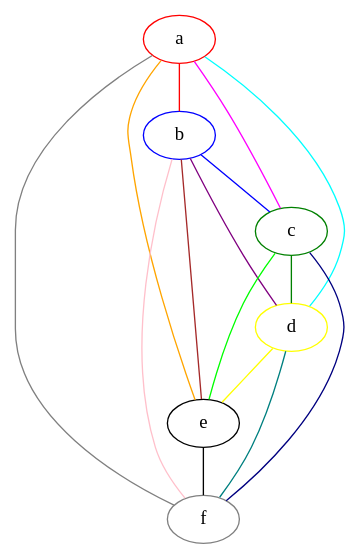
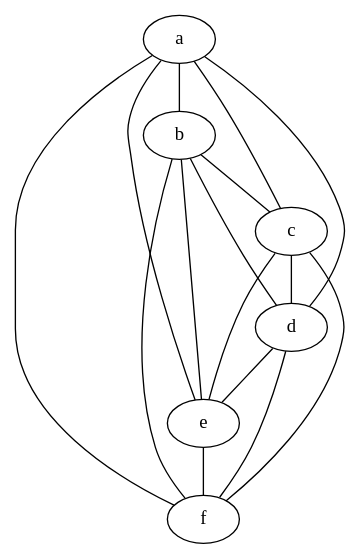
One commit to gustavomaltanv/grafos changed the diagram in grafos/graph_4.dot. Above: the diagram before and after it, drawn with Graphviz. The commit also changed 3 other files, not shown here.

```diff
--- a/grafos/graph_4.dot
+++ b/grafos/graph_4.dot
@@ -1,23 +1,23 @@
 graph graph_4 {
-    a [color="red"];
-    b [color="blue"];
-    c [color="green"];
-    d [color="yellow"];
-    e [color="black"];
-    f [color="gray"];
-    a -- b [color="red"];
-    b -- c [color="blue"];
-    c -- d [color="green"];
-    d -- e [color="yellow"];
-    e -- f [color="black"];
-    a -- f [color="gray"];
-    a -- c [color="magenta"];
-    a -- d [color="cyan"];
-    a -- e [color="orange"];
-    b -- d [color="purple"];
-    b -- e [color="brown"];
-    b -- f [color="pink"];
-    c -- e [color="lime"];
-    c -- f [color="navy"];
-    d -- f [color="teal"];
+    a;
+    b;
+    c;
+    d;
+    e;
+    f;
+    a -- b;
+    b -- c;
+    c -- d;
+    d -- e;
+    e -- f;
+    a -- f;
+    a -- c;
+    a -- d;
+    a -- e;
+    b -- d;
+    b -- e;
+    b -- f;
+    c -- e;
+    c -- f;
+    d -- f;
 }
```
